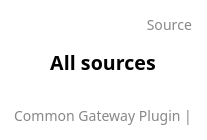
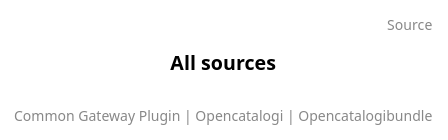
One commit to OpenCatalogi/OpenCatalogiBundle changed the diagram in docs/source/all_source_classes.puml. Above: the diagram before and after it, drawn with PlantUML. The commit also changed 30 other files, not shown here.

```diff
--- a/docs/source/all_source_classes.puml
+++ b/docs/source/all_source_classes.puml
@@ -1,6 +1,6 @@
 @startuml
 title: All sources
-footer: Common Gateway Plugin |
+footer: Common Gateway Plugin | Opencatalogi | Opencatalogibundle 
 header: Source
 
 @enduml
```
